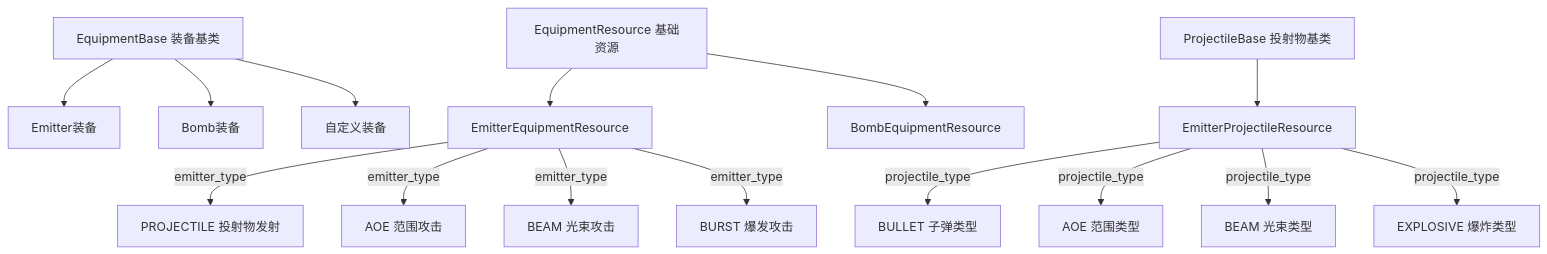
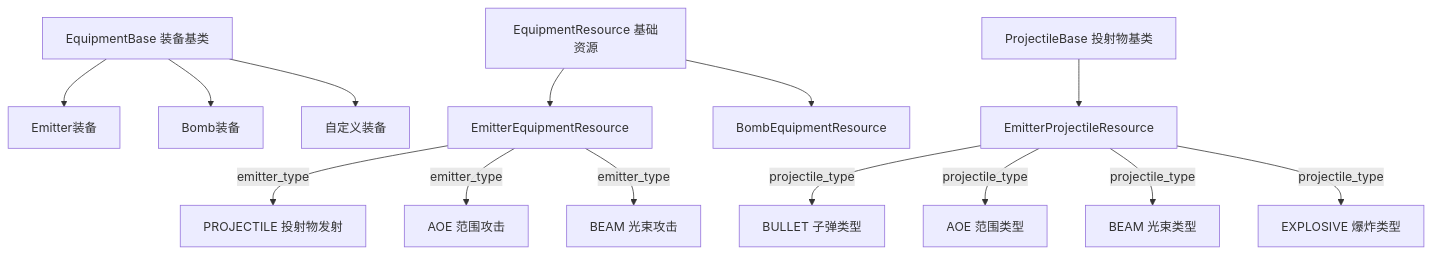
The fourth of 6 diagrams in src/equipment/equipment.mdc (holooooo/survivor), drawn with Mermaid before and after one commit. The commit also changed other lines of this file and 24 other files, not shown here.

````diff
--- a/src/equipment/equipment.mdc
+++ b/src/equipment/equipment.mdc
@@ -118,21 +118,20 @@
 ```mermaid
 graph TB
     EB[EquipmentBase 装备基类] --> EE[Emitter装备]
     EB --> BE[Bomb装备]
     EB --> CE[自定义装备]
 
     ER[EquipmentResource 基础资源] --> EER[EmitterEquipmentResource]
     ER --> BER[BombEquipmentResource]
 
     PB[ProjectileBase 投射物基类] --> EPR[EmitterProjectileResource]
 
     EER --> |emitter_type| ET1[PROJECTILE 投射物发射]
     EER --> |emitter_type| ET2[AOE 范围攻击]
     EER --> |emitter_type| ET3[BEAM 光束攻击]
-    EER --> |emitter_type| ET4[BURST 爆发攻击]
 
     EPR --> |projectile_type| PT1[BULLET 子弹类型]
     EPR --> |projectile_type| PT2[AOE 范围类型]
     EPR --> |projectile_type| PT3[BEAM 光束类型]
     EPR --> |projectile_type| PT4[EXPLOSIVE 爆炸类型]
 ```
````
